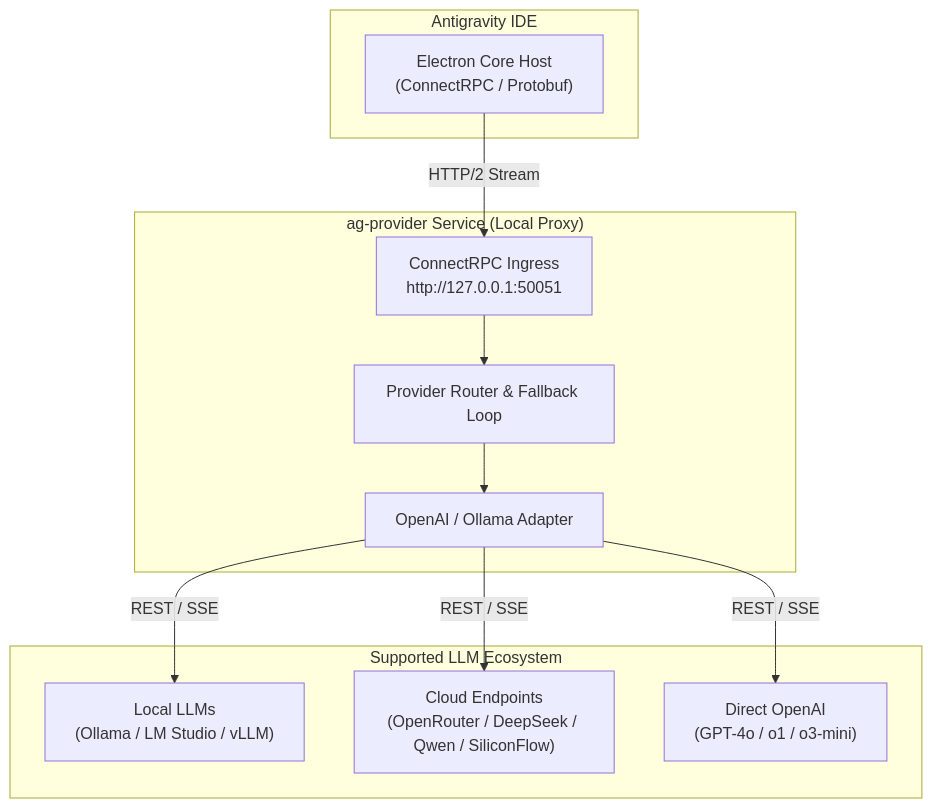
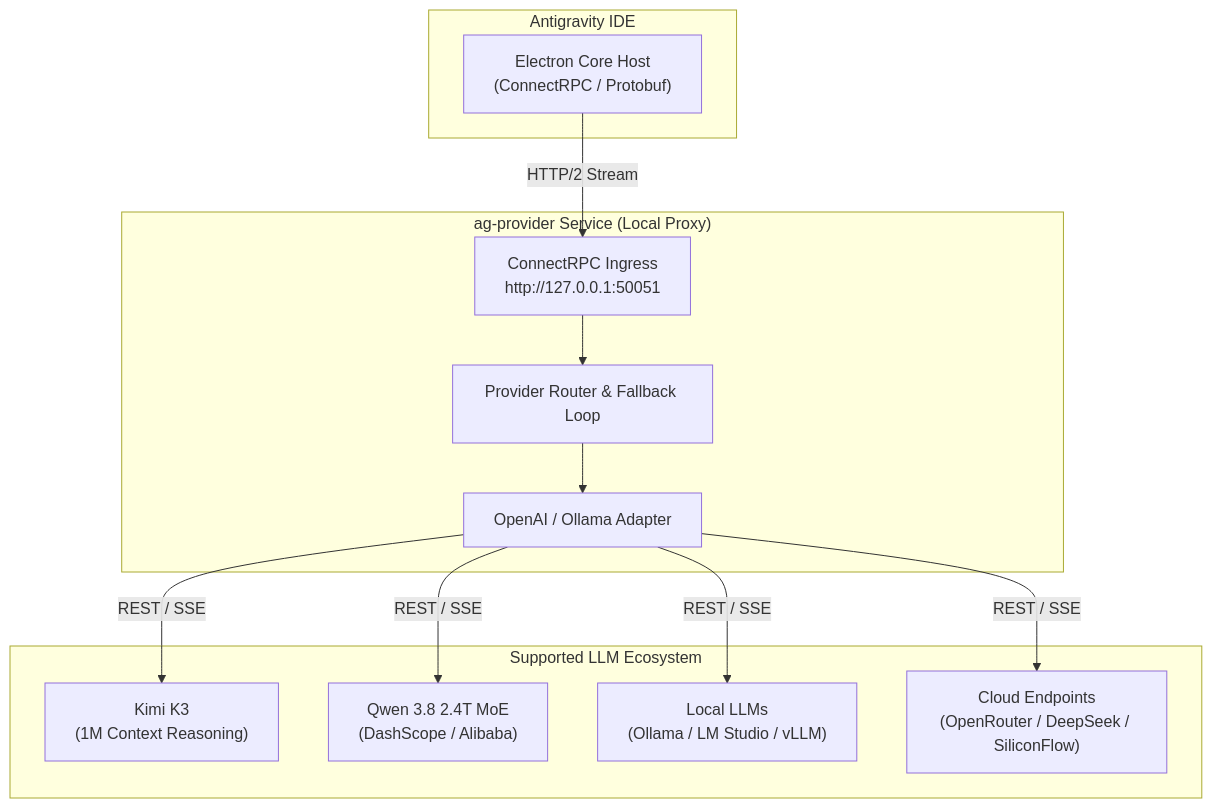
The diagram in README.md (linces/AntigravityUnLocker), drawn with Mermaid before and after one commit. The commit also changed other lines of this file and 3 other files, not shown here.

Commit message:
feat: add full support for Kimi K3 (1M context reasoning) and Qwen 3.8 (2.4T MoE) models

````diff
--- a/README.md
+++ b/README.md
@@ -30,25 +31,27 @@
 ```mermaid
 flowchart TD
     subgraph Client["Antigravity IDE"]
         IDE["Electron Core Host<br/>(ConnectRPC / Protobuf)"]
     end
 
     subgraph Bridge["ag-provider Service (Local Proxy)"]
         RPC["ConnectRPC Ingress<br/>http://127.0.0.1:50051"]
         ROUTER["Provider Router & Fallback Loop"]
         ADAPTER["OpenAI / Ollama Adapter"]
         RPC --> ROUTER
         ROUTER --> ADAPTER
     end
 
     subgraph Backends["Supported LLM Ecosystem"]
+        KIMI["Kimi K3<br/>(1M Context Reasoning)"]
+        QWEN38["Qwen 3.8 2.4T MoE<br/>(DashScope / Alibaba)"]
         OLLAMA["Local LLMs<br/>(Ollama / LM Studio / vLLM)"]
-        CLOUD["Cloud Endpoints<br/>(OpenRouter / DeepSeek / Qwen / SiliconFlow)"]
-        OPENAI["Direct OpenAI<br/>(GPT-4o / o1 / o3-mini)"]
+        CLOUD["Cloud Endpoints<br/>(OpenRouter / DeepSeek / SiliconFlow)"]
     end
 
     IDE -->|HTTP/2 Stream| RPC
+    ADAPTER -->|REST / SSE| KIMI
+    ADAPTER -->|REST / SSE| QWEN38
     ADAPTER -->|REST / SSE| OLLAMA
     ADAPTER -->|REST / SSE| CLOUD
-    ADAPTER -->|REST / SSE| OPENAI
 ```
````
